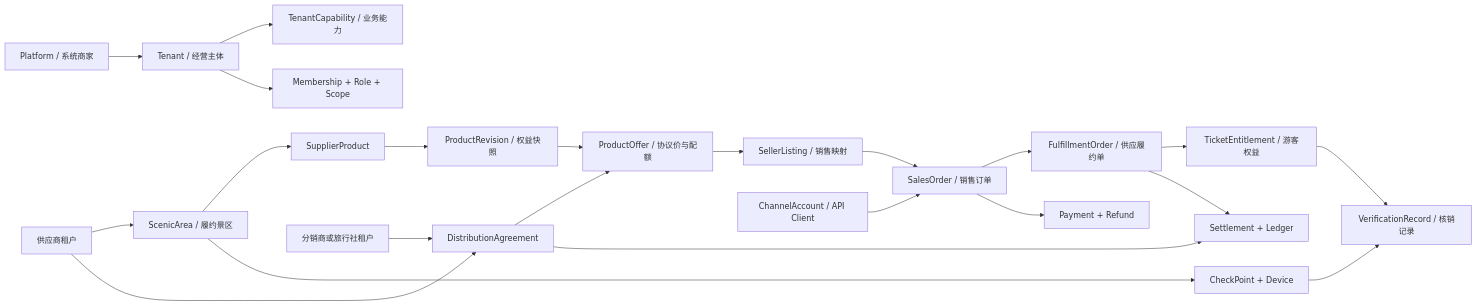
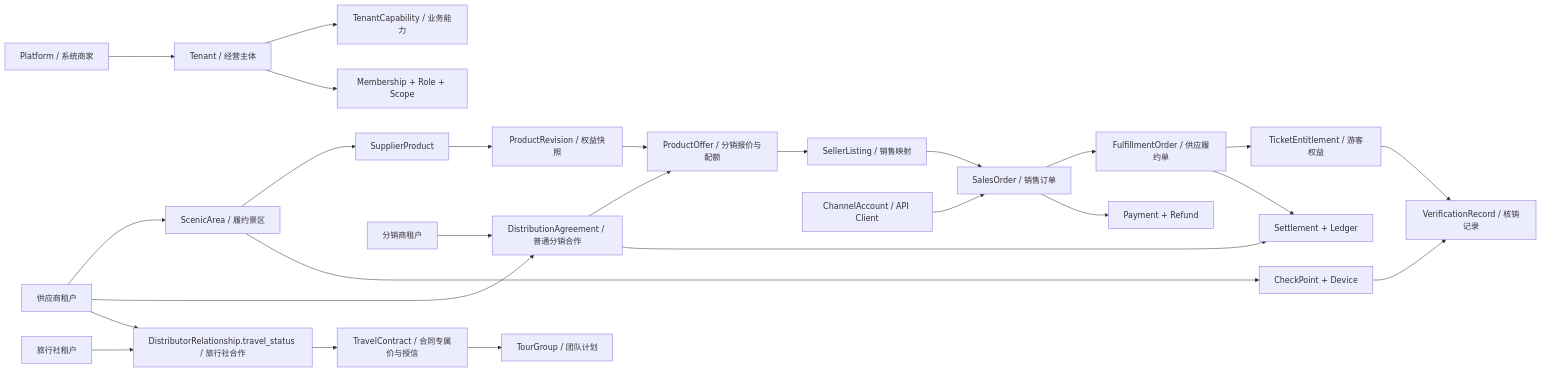
Before and after one commit to EdVulcan/ticket-system: the diagram in docs/platform-multitenancy-development-guide.md, drawn with Mermaid. The commit also changed other lines of this file and 42 other files, not shown here.

Commit message:
fix: harden travel team and distribution workflows

````diff
--- a/docs/platform-multitenancy-development-guide.md
+++ b/docs/platform-multitenancy-development-guide.md
@@ -344,28 +344,33 @@
 ```mermaid
 flowchart LR
     Platform["Platform / 系统商家"] --> Tenant["Tenant / 经营主体"]
     Tenant --> Capability["TenantCapability / 业务能力"]
     Tenant --> Membership["Membership + Role + Scope"]
 
     Supplier["供应商租户"] --> Scenic["ScenicArea / 履约景区"]
     Scenic --> Product["SupplierProduct"]
     Product --> Revision["ProductRevision / 权益快照"]
     Scenic --> Checkpoint["CheckPoint + Device"]
 
-    Supplier --> Agreement["DistributionAgreement"]
-    Distributor["分销商或旅行社租户"] --> Agreement
-    Agreement --> Offer["ProductOffer / 协议价与配额"]
+    Supplier --> Agreement["DistributionAgreement / 普通分销合作"]
+    Distributor["分销商租户"] --> Agreement
+    Agreement --> Offer["ProductOffer / 分销报价与配额"]
     Revision --> Offer
     Offer --> Listing["SellerListing / 销售映射"]
+
+    Supplier --> TravelRelation["DistributorRelationship.travel_status / 旅行社合作"]
+    Travel["旅行社租户"] --> TravelRelation
+    TravelRelation --> TravelContract["TravelContract / 合同专属价与授信"]
+    TravelContract --> TeamPlan["TourGroup / 团队计划"]
 
     Channel["ChannelAccount / API Client"] --> SalesOrder["SalesOrder / 销售订单"]
     Listing --> SalesOrder
     SalesOrder --> Fulfillment["FulfillmentOrder / 供应履约单"]
     Fulfillment --> Entitlement["TicketEntitlement / 游客权益"]
     Entitlement --> Verify["VerificationRecord / 核销记录"]
     Checkpoint --> Verify
 
     SalesOrder --> Payment["Payment + Refund"]
     Fulfillment --> Settlement["Settlement + Ledger"]
     Agreement --> Settlement
 ```
````
